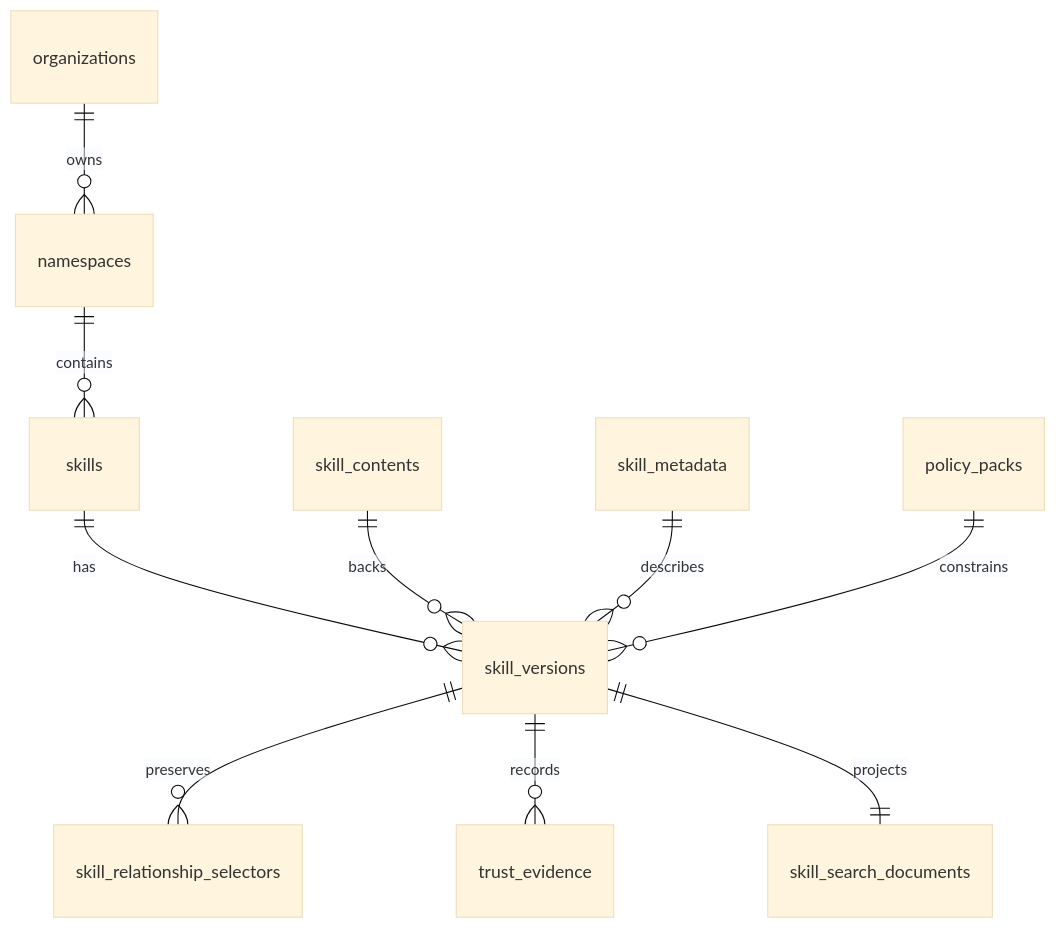
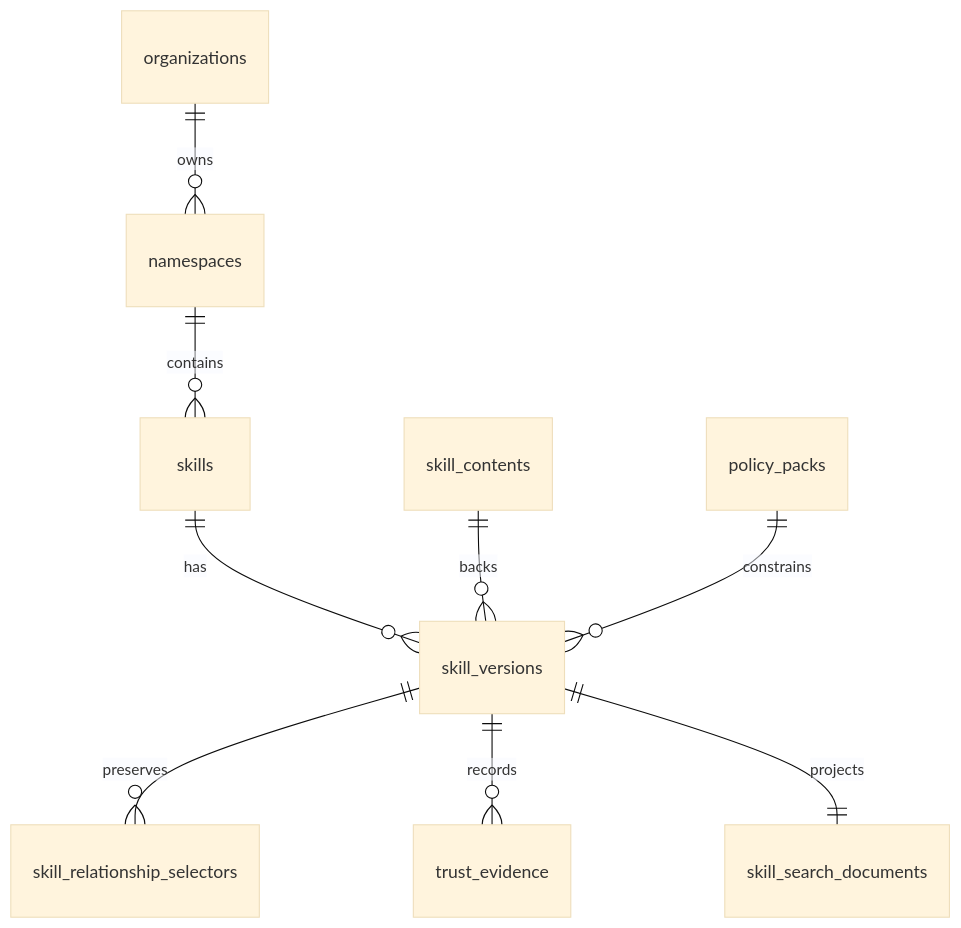
The diagram in docs/reference/schema.md (aptitude-stack/registery), drawn with Mermaid (base theme) before and after one commit. The commit also changed other lines of this file and 41 other files, not shown here.

Commit message:
refactor: consolidate registry schema and derived signals

````diff
--- a/docs/reference/schema.md
+++ b/docs/reference/schema.md
@@ -60,12 +60,11 @@
 ```mermaid
 erDiagram
     skills ||--o{ skill_versions : has
     organizations ||--o{ namespaces : owns
     namespaces ||--o{ skills : contains
     skill_contents ||--o{ skill_versions : backs
-    skill_metadata ||--o{ skill_versions : describes
     policy_packs ||--o{ skill_versions : constrains
     skill_versions ||--o{ skill_relationship_selectors : preserves
     skill_versions ||--o{ trust_evidence : records
     skill_versions ||--|| skill_search_documents : projects
 ```
````
